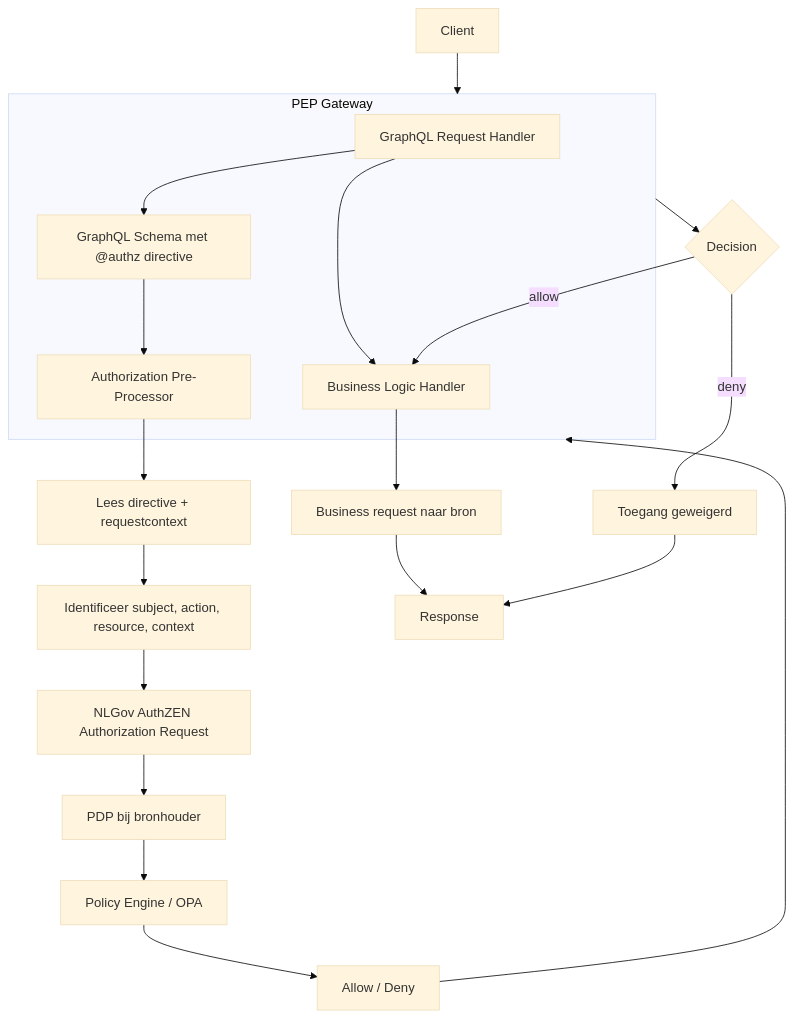
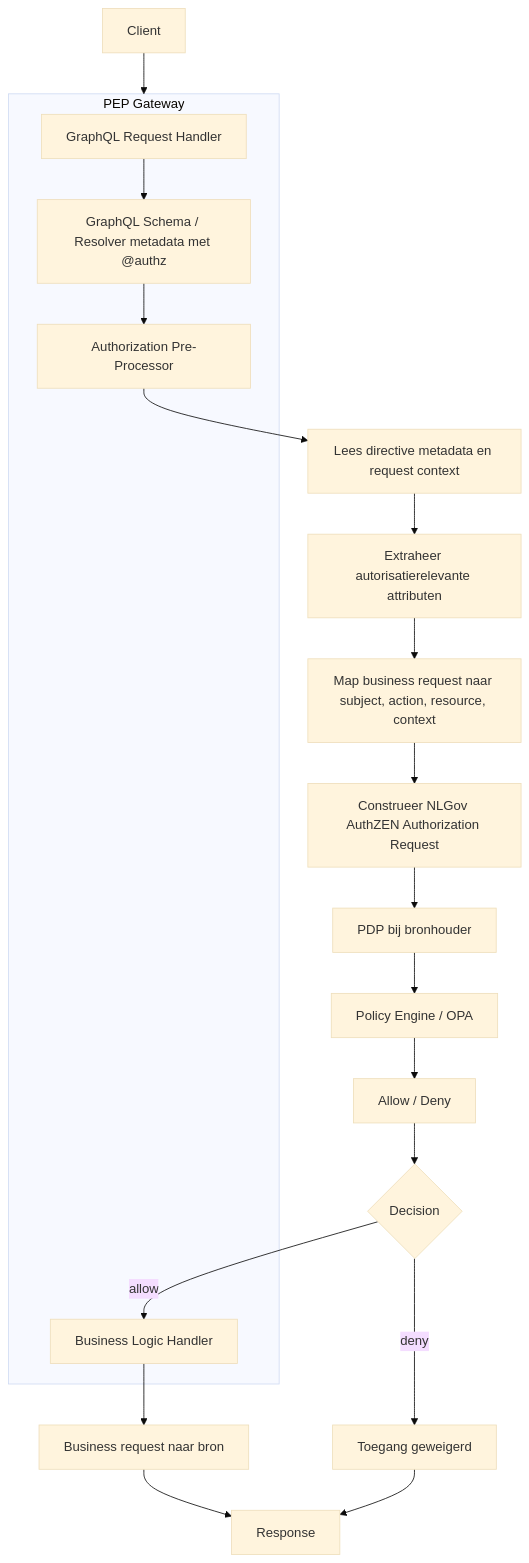
One commit to iStandaarden/iWlz-RequestForComment changed the second of 3 diagrams in RFC/RFC0052 - Autorisatie standaardisatie.md. Above: the diagram before and after it, drawn with Mermaid (base theme). The commit also changed other lines of this file, not shown here.

````diff
--- a/RFC/RFC0052 - Autorisatie standaardisatie.md
+++ b/RFC/RFC0052 - Autorisatie standaardisatie.md
@@ -136,32 +136,31 @@
 ```mermaid
 flowchart TD
     A[Client] --> B[PEP Gateway]
 
     subgraph B[PEP Gateway]
         C[GraphQL Request Handler]
-        D[GraphQL Schema met @authz directive]
+        D[GraphQL Schema / Resolver metadata met @authz]
         E[Authorization Pre-Processor]
         F[Business Logic Handler]
     end
 
     C --> D
     D --> E
-    C --> F
 
-    E --> E1[Lees directive + requestcontext]
-    E1 --> E2[Identificeer subject, action, resource, context]
-    E2 --> G[NLGov AuthZEN Authorization Request]
+    E --> E1[Lees directive metadata en request context]
+    E1 --> E2[Extraheer autorisatierelevante attributen]
+    E2 --> E3[Map business request naar subject, action, resource, context]
+    E3 --> G[Construeer NLGov AuthZEN Authorization Request]
 
     G --> H[PDP bij bronhouder]
     H --> I[Policy Engine / OPA]
     I --> J[Allow / Deny]
 
-    J --> B
-    B --> K{Decision}
+    J --> K{Decision}
     K -->|allow| F
     K -->|deny| L[Toegang geweigerd]
 
     F --> M[Business request naar bron]
     M --> N[Response]
     L --> N
 ```
````
